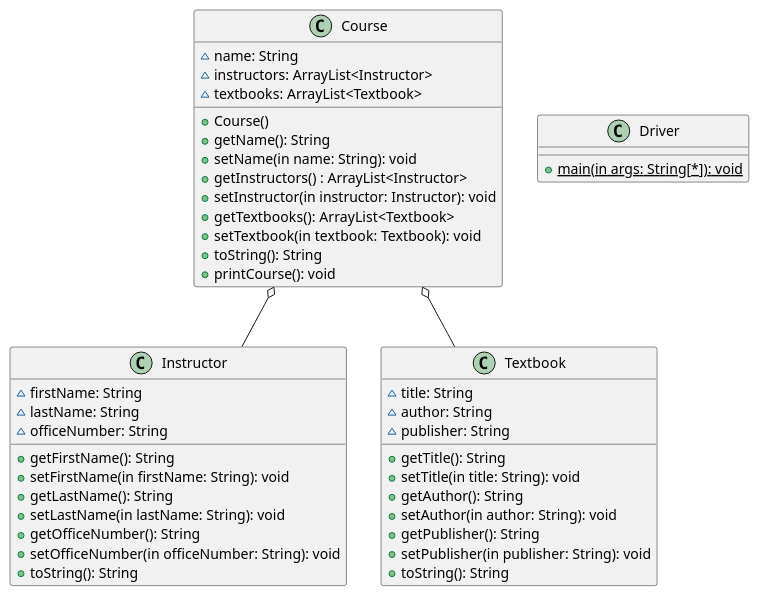
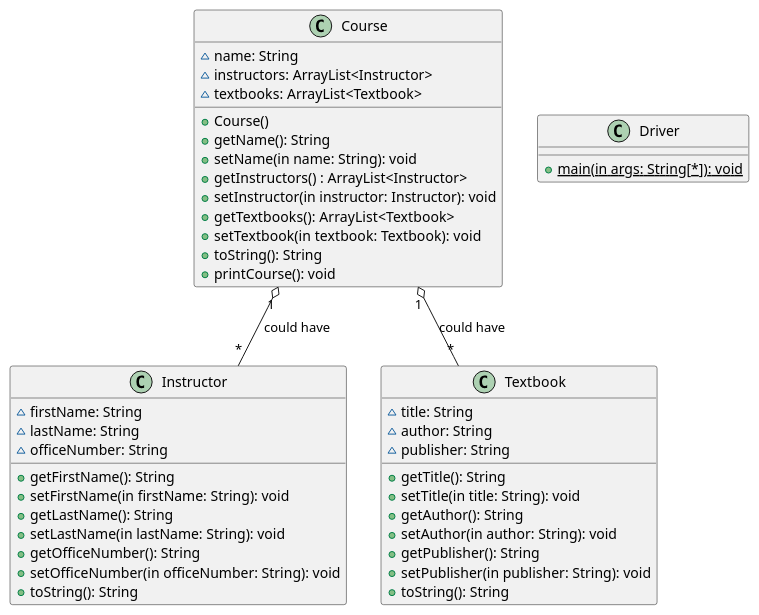
Before and after one commit to Simon-D-Nguyen/CS-4800HW3: the diagram in ClassDiagrams/Aggregation.puml, drawn with PlantUML. The commit also changed 1 other file, not shown here.

Commit message:
added multiplicity for Class Diagrams

```diff
--- a/ClassDiagrams/Aggregation.puml
+++ b/ClassDiagrams/Aggregation.puml
@@ -1,59 +1,59 @@
 @startuml
 'https://plantuml.com/class-diagram
 
 class Instructor {
 ~ firstName: String
 ~ lastName: String
 ~ officeNumber: String
 
 + getFirstName(): String
 + setFirstName(in firstName: String): void
 + getLastName(): String
 + setLastName(in lastName: String): void
 + getOfficeNumber(): String
 + setOfficeNumber(in officeNumber: String): void
 + toString(): String
 }
 
 
 class Textbook {
 ~ title: String
 ~ author: String
 ~ publisher: String
 
 + getTitle(): String
 + setTitle(in title: String): void
 + getAuthor(): String
 + setAuthor(in author: String): void
 + getPublisher(): String
 + setPublisher(in publisher: String): void
 + toString(): String
 }
 
 
 class Course {
 ~ name: String
 ~ instructors: ArrayList<Instructor>
 ~ textbooks: ArrayList<Textbook>
 
 + Course()
 + getName(): String
 + setName(in name: String): void
 + getInstructors() : ArrayList<Instructor>
 + setInstructor(in instructor: Instructor): void
 + getTextbooks(): ArrayList<Textbook>
 + setTextbook(in textbook: Textbook): void
 + toString(): String
 + printCourse(): void
 }
 
-Course o-- Instructor
-Course o-- Textbook
+Course "1" o-- "*" Instructor : "could have"
+Course "1" o-- "*" Textbook : "could have"
 
 class Driver {
 + {static} main(in args: String[*]): void
 }
 
 
 
 @enduml
```
